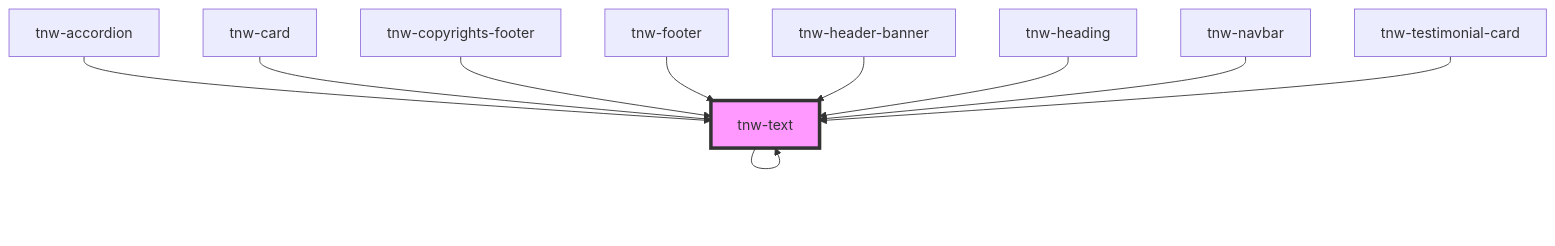
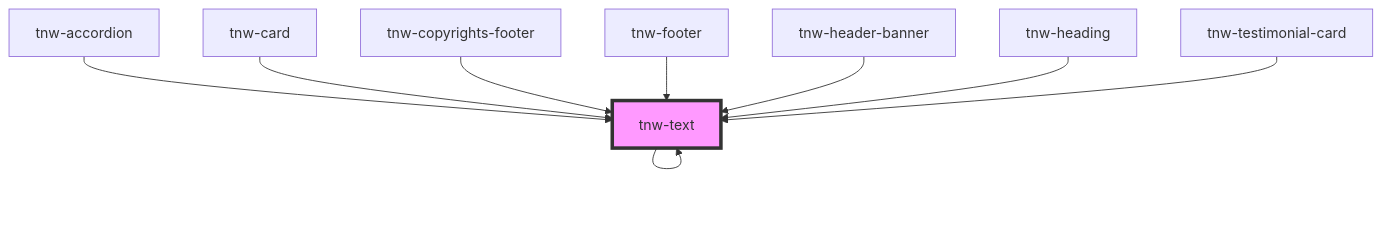
Before and after one commit to technway/technway-component-library: the diagram in packages/stencil-library/src/components/tnw-text/readme.md, drawn with Mermaid. The commit also changed other lines of this file and 15 other files, not shown here.

Commit message:
feat(tnw-navbar): improve styling

````diff
--- a/packages/stencil-library/src/components/tnw-text/readme.md
+++ b/packages/stencil-library/src/components/tnw-text/readme.md
@@ -112,13 +111,12 @@
 ```mermaid
 graph TD;
   tnw-text --> tnw-text
   tnw-accordion --> tnw-text
   tnw-card --> tnw-text
   tnw-copyrights-footer --> tnw-text
   tnw-footer --> tnw-text
   tnw-header-banner --> tnw-text
   tnw-heading --> tnw-text
-  tnw-navbar --> tnw-text
   tnw-testimonial-card --> tnw-text
   style tnw-text fill:#f9f,stroke:#333,stroke-width:4px
 ```
````
